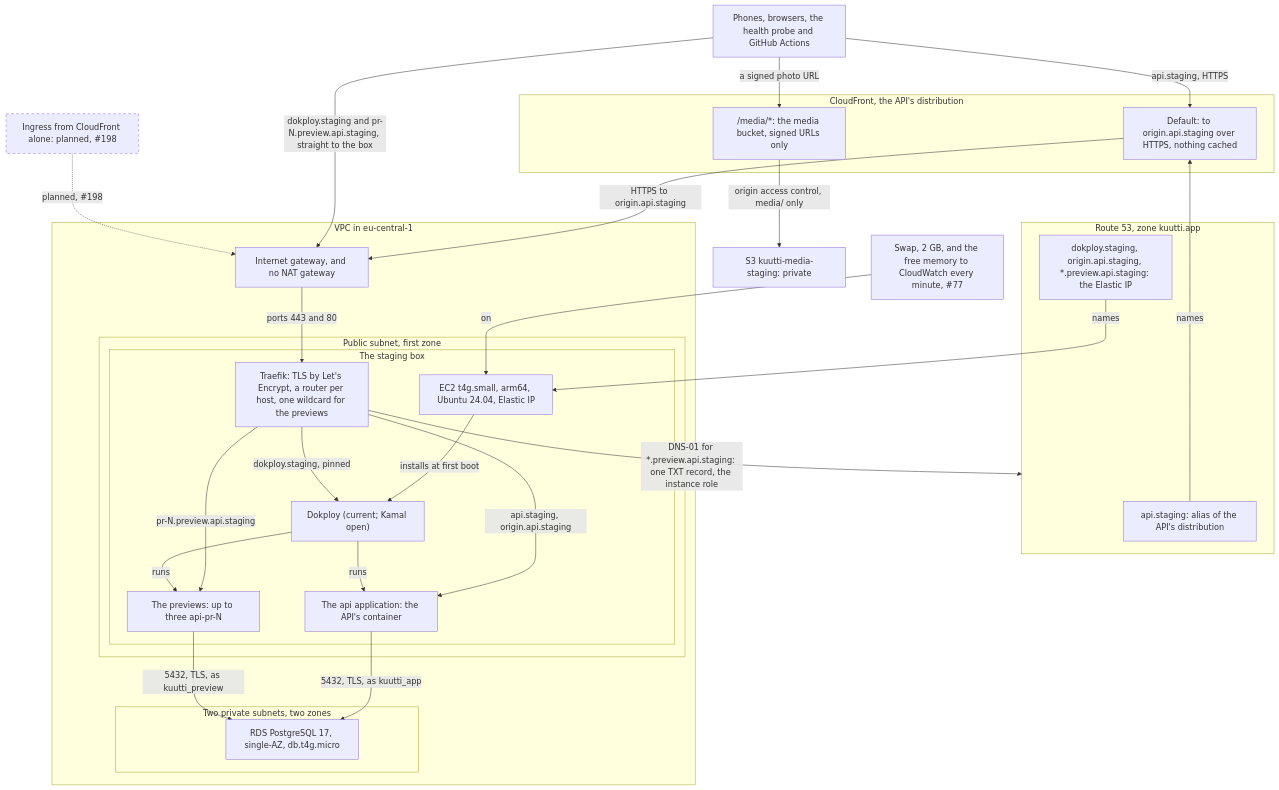
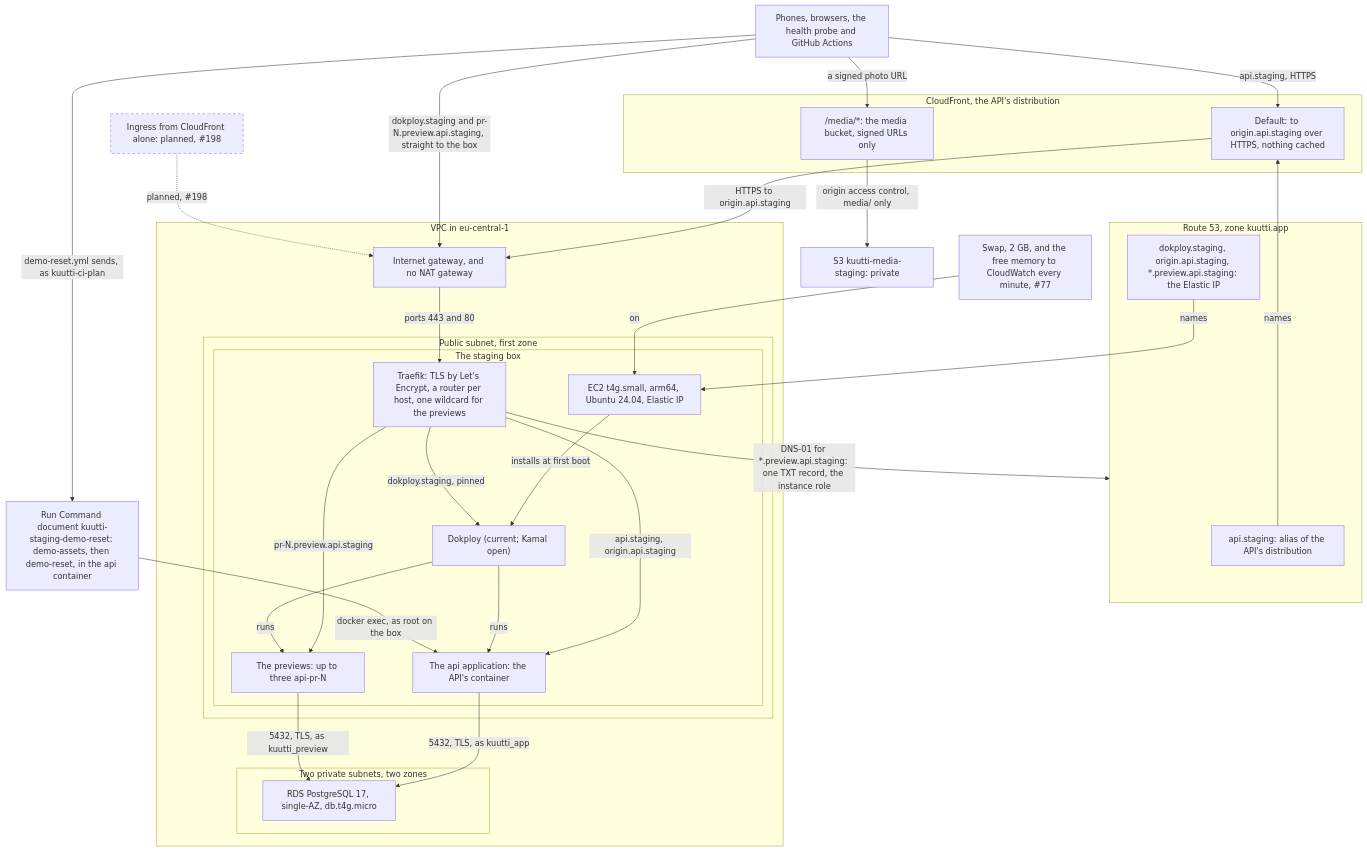
Before and after one commit to kuutti-ry/kuutti-app: the second of 6 diagrams in docs/architecture/deployment.md, drawn with Mermaid. The commit also changed other lines of this file and 17 other files, not shown here.

First line of the commit message:
Reset staging's demo personas from a workflow on GitHub (#613) (#615)

````diff
--- a/docs/architecture/deployment.md
+++ b/docs/architecture/deployment.md
@@ -71,52 +72,55 @@
 ```mermaid
 flowchart TB
   accTitle: Deployment, part 2: staging, its network and its box
-  accDescr: api.staging.kuutti.app is CloudFront, which serves photos from the private media bucket and sends everything else over HTTPS to the box. Dokploy's control plane and the previews reach the box directly by its Elastic IP. On the box, in a public subnet, Traefik terminates TLS and routes by host to Dokploy, the API and the previews, which share one wildcard certificate that Traefik obtains by writing one TXT record in Route 53. RDS PostgreSQL sits in two private subnets with no NAT. Ingress from CloudFront alone is planned. The box has 2 GB of swap and pushes its free memory to CloudWatch every minute.
+  accDescr: api.staging.kuutti.app is CloudFront, which serves photos from the private media bucket and sends everything else over HTTPS to the box. Dokploy's control plane and the previews reach the box directly by its Elastic IP. GitHub Actions can also send one Run Command document that returns the demo personas to where they begin inside the API's container. On the box, in a public subnet, Traefik terminates TLS and routes by host to Dokploy, the API and the previews, which share one wildcard certificate that Traefik obtains by writing one TXT record in Route 53. RDS PostgreSQL sits in two private subnets with no NAT. Ingress from CloudFront alone is planned. The box has 2 GB of swap and pushes its free memory to CloudWatch every minute.
   n11["Phones, browsers, the health probe and GitHub Actions"]
   subgraph dns["Route 53, zone kuutti.app"]
     n12["api.staging: alias of the API's distribution"]
     n13["dokploy.staging, origin.api.staging, *.preview.api.staging: the Elastic IP"]
   end
   subgraph cdn["CloudFront, the API's distribution"]
     n14["Default: to origin.api.staging over HTTPS, nothing cached"]
     n15["/media/*: the media bucket, signed URLs only"]
   end
   n16["S3 kuutti-media-staging: private"]
   subgraph vpcnet["VPC in eu-central-1"]
     n17["Internet gateway, and no NAT gateway"]
     subgraph pubnet["Public subnet, first zone"]
       subgraph ec2box["The staging box"]
         n18["EC2 t4g.small, arm64, Ubuntu 24.04, Elastic IP"]
         n19["Traefik: TLS by Let's Encrypt, a router per host, one wildcard for the previews"]
         n20["Dokploy (current; Kamal open)"]
         n21["The api application: the API's container"]
         n22["The previews: up to three api-pr-N"]
       end
     end
     subgraph privnet["Two private subnets, two zones"]
       n23["RDS PostgreSQL 17, single-AZ, db.t4g.micro"]
     end
   end
   n24["Ingress from CloudFront alone: planned, #198"]:::notbuilt
   n25["Swap, 2 GB, and the free memory to CloudWatch every minute, #77"]
+  n64["Run Command document kuutti-staging-demo-reset: demo-assets, then demo-reset, in the api container"]
   n12 -->|"names"| n14
   n13 -->|"names"| n18
   n11 -->|"api.staging, HTTPS"| n14
   n11 -->|"a signed photo URL"| n15
   n15 -->|"origin access control, media/ only"| n16
   n14 -->|"HTTPS to origin.api.staging"| n17
   n11 -->|"dokploy.staging and pr-N.preview.api.staging, straight to the box"| n17
   n17 -->|"ports 443 and 80"| n19
   n18 -->|"installs at first boot"| n20
   n19 -->|"api.staging, origin.api.staging"| n21
   n19 -->|"pr-N.preview.api.staging"| n22
   n19 -->|"dokploy.staging, pinned"| n20
   n19 -->|"DNS-01 for *.preview.api.staging: one TXT record, the instance role"| dns
   n20 -->|"runs"| n21
   n20 -->|"runs"| n22
   n21 -->|"5432, TLS, as kuutti_app"| n23
   n22 -->|"5432, TLS, as kuutti_preview"| n23
   n24 -.->|"planned, #198"| n17
   n25 -->|"on"| n18
+  n11 -->|"demo-reset.yml sends, as kuutti-ci-plan"| n64
+  n64 -->|"docker exec, as root on the box"| n21
   classDef notbuilt stroke-dasharray: 5 5
 ```
````
